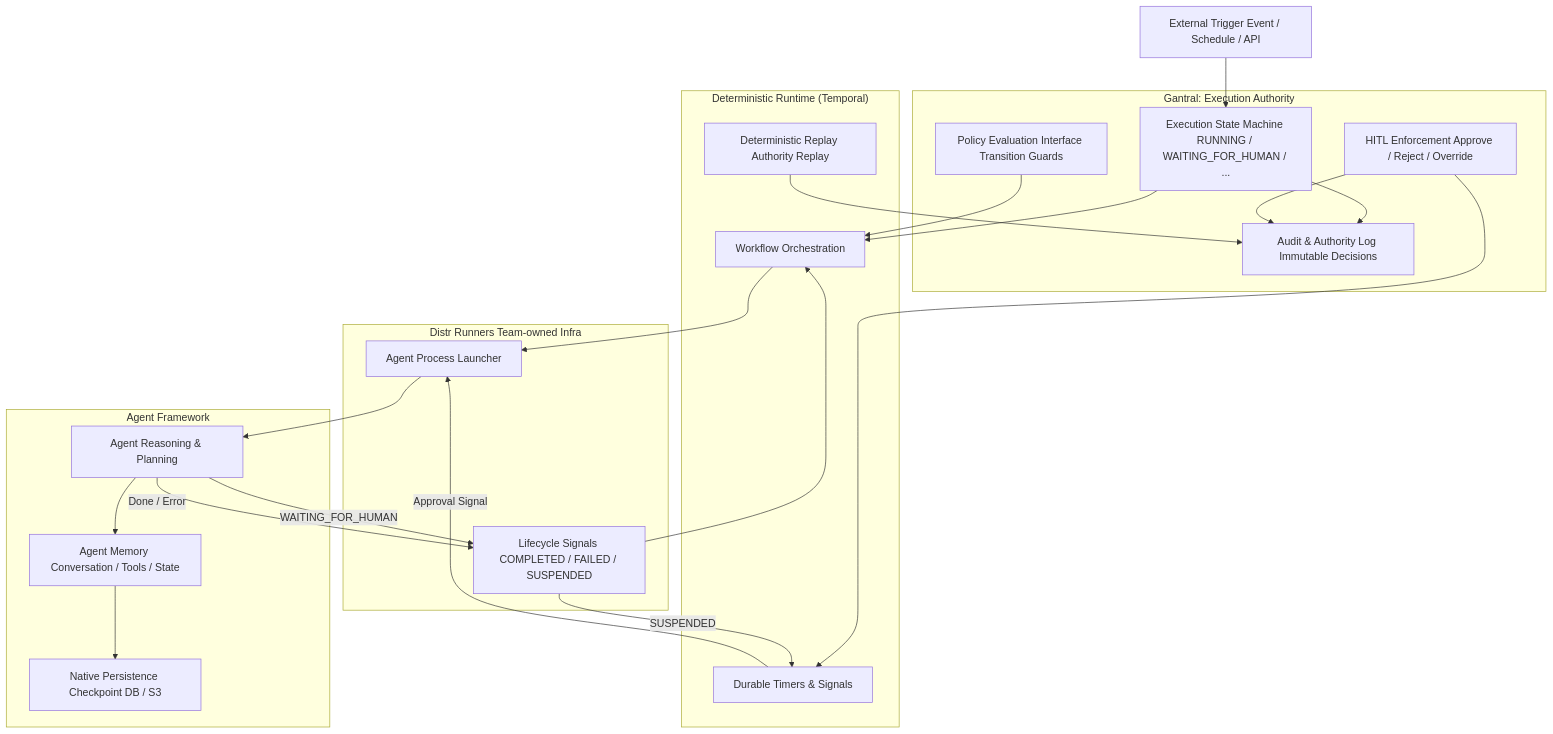
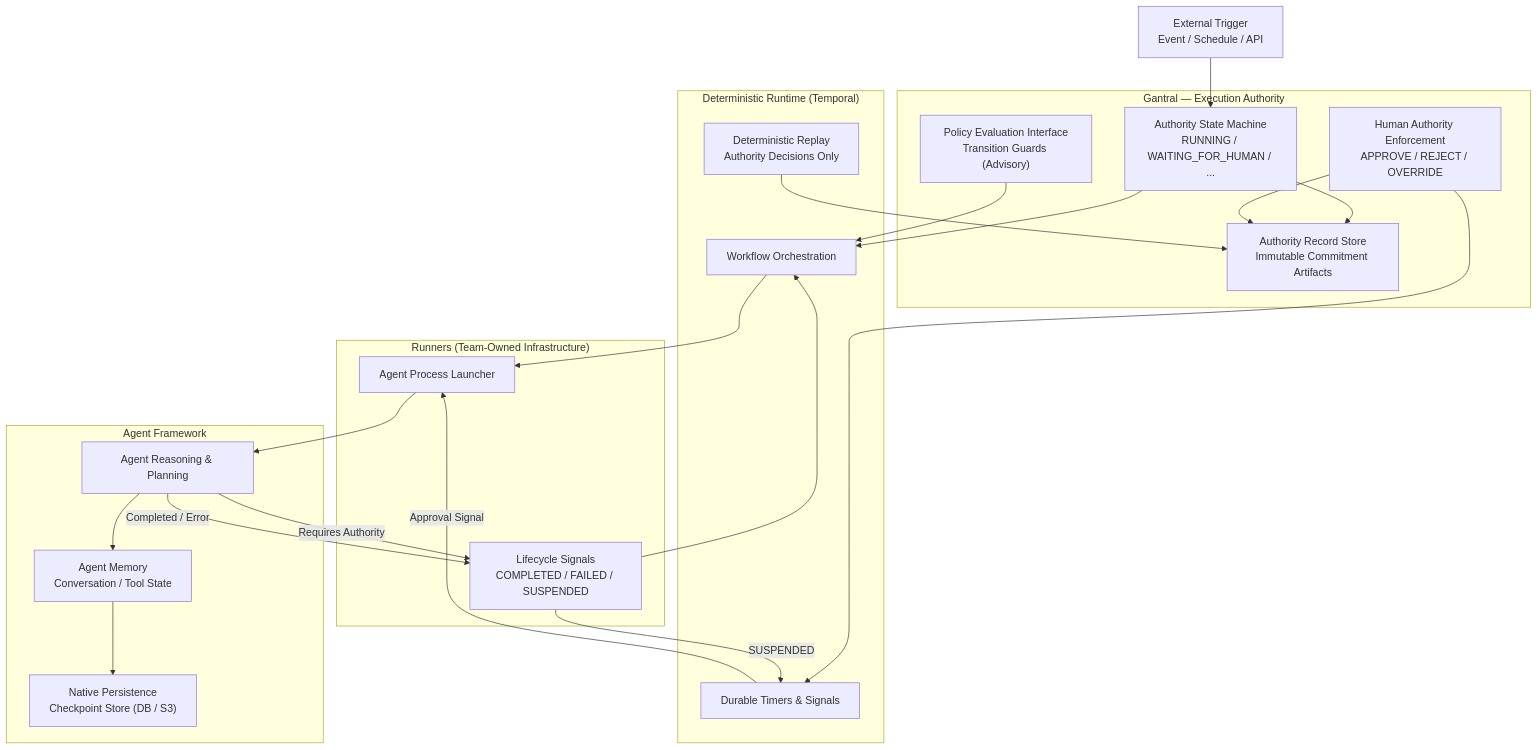
Before and after one commit to Rainminds/gantral: the diagram in docs/architecture/execution-authority-vs-agent-memory.md, drawn with Mermaid. The commit also changed other lines of this file and 44 other files, not shown here.

````diff
--- a/docs/architecture/execution-authority-vs-agent-memory.md
+++ b/docs/architecture/execution-authority-vs-agent-memory.md
@@ -21,62 +30,61 @@
 ```mermaid
 flowchart TB
 
   %% ===== External Triggers =====
-  EXT["External Trigger Event / Schedule / API"]
+  EXT["External Trigger<br/>Event / Schedule / API"]
 
   %% ===== Gantral =====
-  subgraph G["Gantral: Execution Authority"]
-    G1["Execution State Machine RUNNING / WAITING_FOR_HUMAN / ..."]
-    G2["HITL Enforcement Approve / Reject / Override"]
-    G3["Policy Evaluation Interface Transition Guards"]
-    G4["Audit & Authority Log Immutable Decisions"]
+  subgraph G["Gantral — Execution Authority"]
+    G1["Authority State Machine<br/>RUNNING / WAITING_FOR_HUMAN / ..."]
+    G2["Human Authority Enforcement<br/>APPROVE / REJECT / OVERRIDE"]
+    G3["Policy Evaluation Interface<br/>Transition Guards (Advisory)"]
+    G4["Authority Record Store<br/>Immutable Commitment Artifacts"]
   end
 
   %% ===== Runtime =====
   subgraph T["Deterministic Runtime (Temporal)"]
     T1["Workflow Orchestration"]
     T2["Durable Timers & Signals"]
-    T3["Deterministic Replay Authority Replay"]
+    T3["Deterministic Replay<br/>Authority Decisions Only"]
   end
 
   %% ===== Runners =====
-  subgraph R["Distr Runners Team-owned Infra"]
+  subgraph R["Runners (Team-Owned Infrastructure)"]
     R1["Agent Process Launcher"]
-    R2["Lifecycle Signals COMPLETED / FAILED / SUSPENDED"]
+    R2["Lifecycle Signals<br/>COMPLETED / FAILED / SUSPENDED"]
   end
 
   %% ===== Agent Framework =====
   subgraph A["Agent Framework"]
     A1["Agent Reasoning & Planning"]
-    A2["Agent Memory Conversation / Tools / State"]
-    A3["Native Persistence Checkpoint DB / S3"]
+    A2["Agent Memory<br/>Conversation / Tool State"]
+    A3["Native Persistence<br/>Checkpoint Store (DB / S3)"]
   end
 
   %% ===== Flows =====
   EXT --> G1
 
   G1 --> T1
   G2 --> T2
   G3 --> T1
 
   T1 --> R1
   R1 --> A1
 
   A1 --> A2
   A2 --> A3
 
   %% Suspend / Resume Flow
-  A1 -->|WAITING_FOR_HUMAN| R2
+  A1 -->|Requires Authority| R2
   R2 -->|SUSPENDED| T2
   T2 -->|Approval Signal| R1
 
   %% Completion Flow
-  A1 -->|Done / Error| R2
+  A1 -->|Completed / Error| R2
   R2 --> T1
 
   %% Audit
   G1 --> G4
   G2 --> G4
   T3 --> G4
-
 ```
````
